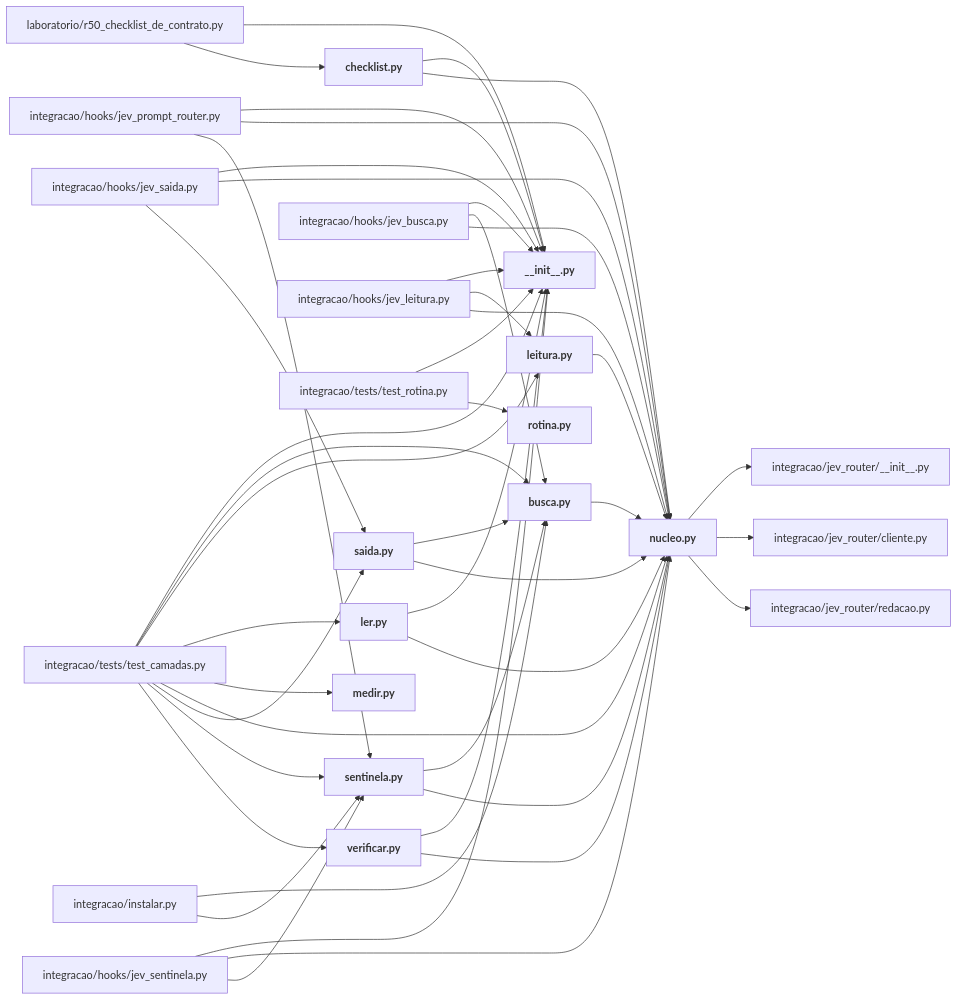
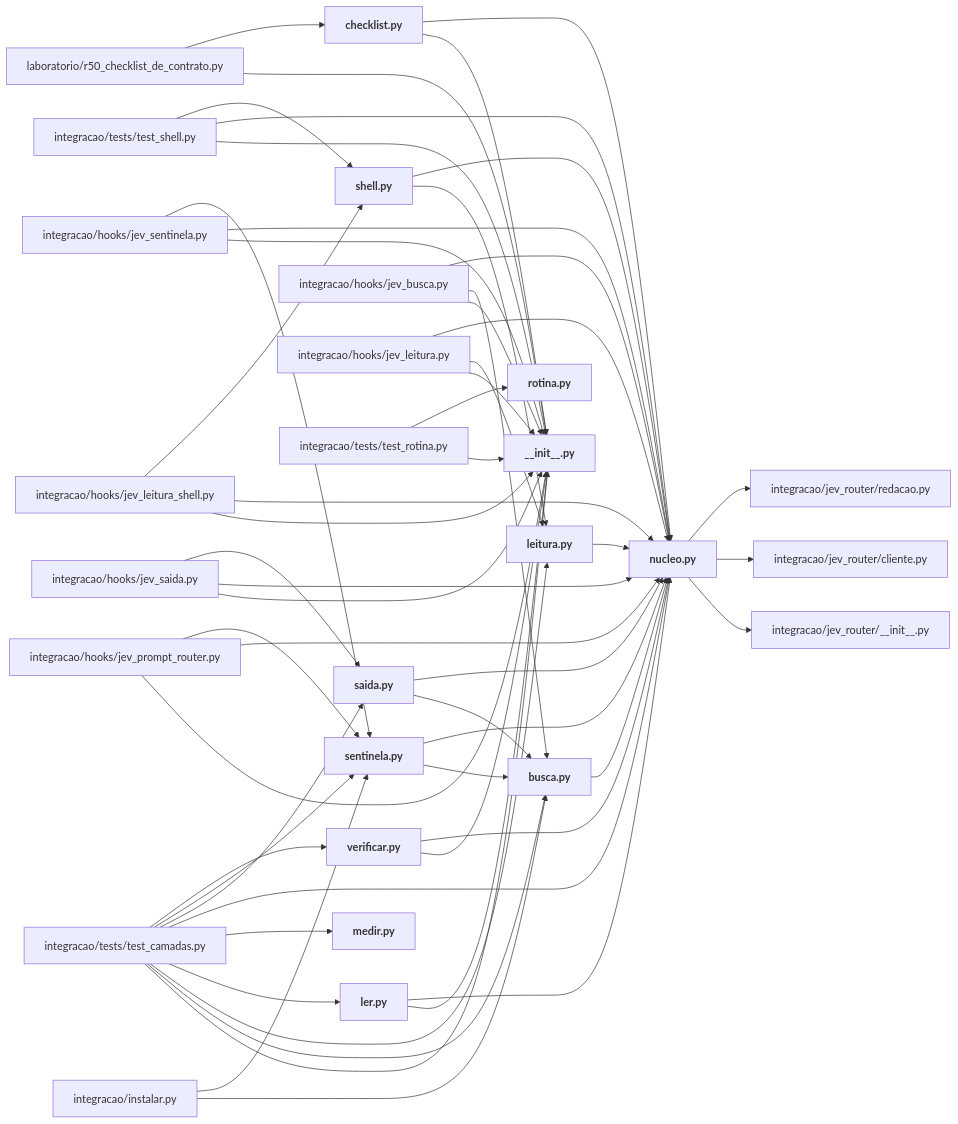
The diagram in mapa/pastas/integracao__camadas.md (igormorais123/JEV), drawn with Mermaid before and after one commit. The commit also changed other lines of this file and 47 other files, not shown here.

````diff
--- a/mapa/pastas/integracao__camadas.md
+++ b/mapa/pastas/integracao__camadas.md
@@ -33,71 +34,82 @@
 ```mermaid
 flowchart LR
   n_integracao_camadas___init___py["<b>__init__.py</b>"]
   n_integracao_camadas_busca_py["<b>busca.py</b>"]
   n_integracao_camadas_checklist_py["<b>checklist.py</b>"]
   n_integracao_camadas_leitura_py["<b>leitura.py</b>"]
   n_integracao_camadas_ler_py["<b>ler.py</b>"]
   n_integracao_camadas_medir_py["<b>medir.py</b>"]
   n_integracao_camadas_nucleo_py["<b>nucleo.py</b>"]
   n_integracao_camadas_rotina_py["<b>rotina.py</b>"]
   n_integracao_camadas_saida_py["<b>saida.py</b>"]
   n_integracao_camadas_sentinela_py["<b>sentinela.py</b>"]
+  n_integracao_camadas_shell_py["<b>shell.py</b>"]
   n_integracao_camadas_verificar_py["<b>verificar.py</b>"]
   n_integracao_hooks_jev_busca_py["integracao/hooks/jev_busca.py"]
   n_integracao_hooks_jev_leitura_py["integracao/hooks/jev_leitura.py"]
+  n_integracao_hooks_jev_leitura_shell_py["integracao/hooks/jev_leitura_shell.py"]
   n_integracao_hooks_jev_prompt_router_py["integracao/hooks/jev_prompt_router.py"]
   n_integracao_hooks_jev_saida_py["integracao/hooks/jev_saida.py"]
   n_integracao_hooks_jev_sentinela_py["integracao/hooks/jev_sentinela.py"]
   n_integracao_instalar_py["integracao/instalar.py"]
   n_integracao_jev_router___init___py["integracao/jev_router/__init__.py"]
   n_integracao_jev_router_cliente_py["integracao/jev_router/cliente.py"]
   n_integracao_jev_router_redacao_py["integracao/jev_router/redacao.py"]
   n_integracao_tests_test_camadas_py["integracao/tests/test_camadas.py"]
   n_integracao_tests_test_rotina_py["integracao/tests/test_rotina.py"]
+  n_integracao_tests_test_shell_py["integracao/tests/test_shell.py"]
   n_laboratorio_r50_checklist_de_contrato_py["laboratorio/r50_checklist_de_contrato.py"]
   n_integracao_camadas_busca_py --> n_integracao_camadas_nucleo_py
   n_integracao_camadas_checklist_py --> n_integracao_camadas___init___py
   n_integracao_camadas_checklist_py --> n_integracao_camadas_nucleo_py
   n_integracao_camadas_leitura_py --> n_integracao_camadas_nucleo_py
   n_integracao_camadas_ler_py --> n_integracao_camadas___init___py
   n_integracao_camadas_ler_py --> n_integracao_camadas_nucleo_py
   n_integracao_camadas_nucleo_py --> n_integracao_jev_router___init___py
   n_integracao_camadas_nucleo_py --> n_integracao_jev_router_cliente_py
   n_integracao_camadas_nucleo_py --> n_integracao_jev_router_redacao_py
   n_integracao_camadas_saida_py --> n_integracao_camadas_busca_py
   n_integracao_camadas_saida_py --> n_integracao_camadas_nucleo_py
   n_integracao_camadas_sentinela_py --> n_integracao_camadas_busca_py
   n_integracao_camadas_sentinela_py --> n_integracao_camadas_nucleo_py
+  n_integracao_camadas_shell_py --> n_integracao_camadas_leitura_py
+  n_integracao_camadas_shell_py --> n_integracao_camadas_nucleo_py
   n_integracao_camadas_verificar_py --> n_integracao_camadas___init___py
   n_integracao_camadas_verificar_py --> n_integracao_camadas_nucleo_py
   n_integracao_hooks_jev_busca_py --> n_integracao_camadas___init___py
   n_integracao_hooks_jev_busca_py --> n_integracao_camadas_busca_py
   n_integracao_hooks_jev_busca_py --> n_integracao_camadas_nucleo_py
   n_integracao_hooks_jev_leitura_py --> n_integracao_camadas___init___py
   n_integracao_hooks_jev_leitura_py --> n_integracao_camadas_leitura_py
   n_integracao_hooks_jev_leitura_py --> n_integracao_camadas_nucleo_py
+  n_integracao_hooks_jev_leitura_shell_py --> n_integracao_camadas___init___py
+  n_integracao_hooks_jev_leitura_shell_py --> n_integracao_camadas_nucleo_py
+  n_integracao_hooks_jev_leitura_shell_py --> n_integracao_camadas_shell_py
   n_integracao_hooks_jev_prompt_router_py --> n_integracao_camadas___init___py
   n_integracao_hooks_jev_prompt_router_py --> n_integracao_camadas_nucleo_py
   n_integracao_hooks_jev_prompt_router_py --> n_integracao_camadas_sentinela_py
   n_integracao_hooks_jev_saida_py --> n_integracao_camadas___init___py
   n_integracao_hooks_jev_saida_py --> n_integracao_camadas_nucleo_py
   n_integracao_hooks_jev_saida_py --> n_integracao_camadas_saida_py
   n_integracao_hooks_jev_sentinela_py --> n_integracao_camadas___init___py
   n_integracao_hooks_jev_sentinela_py --> n_integracao_camadas_nucleo_py
   n_integracao_hooks_jev_sentinela_py --> n_integracao_camadas_sentinela_py
   n_integracao_instalar_py --> n_integracao_camadas_busca_py
   n_integracao_instalar_py --> n_integracao_camadas_sentinela_py
   n_integracao_tests_test_camadas_py --> n_integracao_camadas___init___py
   n_integracao_tests_test_camadas_py --> n_integracao_camadas_busca_py
   n_integracao_tests_test_camadas_py --> n_integracao_camadas_leitura_py
   n_integracao_tests_test_camadas_py --> n_integracao_camadas_ler_py
   n_integracao_tests_test_camadas_py --> n_integracao_camadas_medir_py
   n_integracao_tests_test_camadas_py --> n_integracao_camadas_nucleo_py
   n_integracao_tests_test_camadas_py --> n_integracao_camadas_saida_py
   n_integracao_tests_test_camadas_py --> n_integracao_camadas_sentinela_py
   n_integracao_tests_test_camadas_py --> n_integracao_camadas_verificar_py
   n_integracao_tests_test_rotina_py --> n_integracao_camadas___init___py
   n_integracao_tests_test_rotina_py --> n_integracao_camadas_rotina_py
+  n_integracao_tests_test_shell_py --> n_integracao_camadas___init___py
+  n_integracao_tests_test_shell_py --> n_integracao_camadas_nucleo_py
+  n_integracao_tests_test_shell_py --> n_integracao_camadas_shell_py
   n_laboratorio_r50_checklist_de_contrato_py --> n_integracao_camadas___init___py
   n_laboratorio_r50_checklist_de_contrato_py --> n_integracao_camadas_checklist_py
 ```
````
